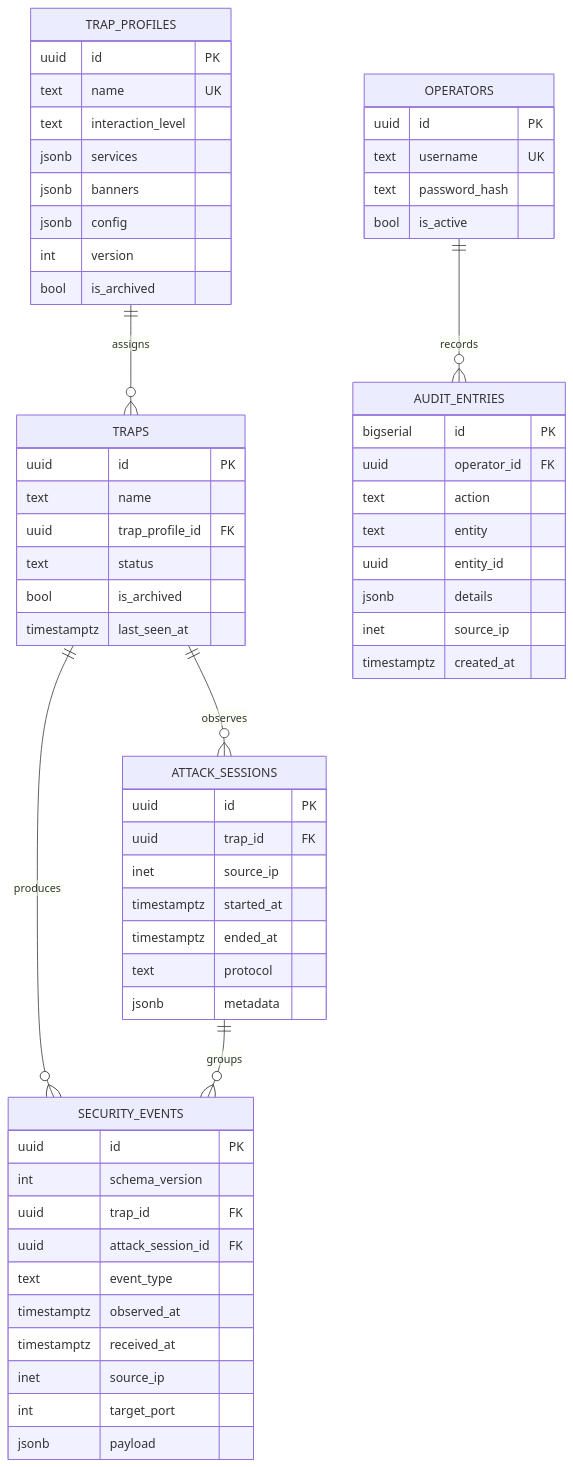
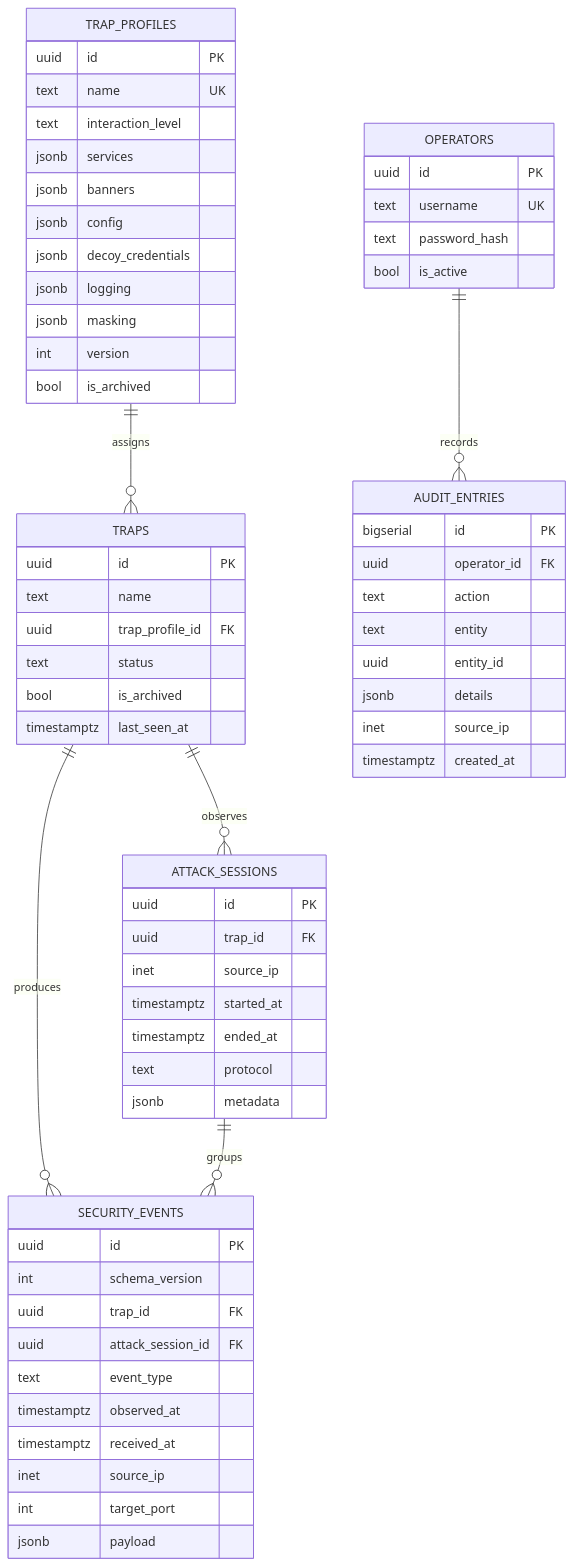
Before and after one commit to ArtiKn/HoneyForge: the diagram in docs/database.mmd, drawn with Mermaid. The commit also changed 20 other files, not shown here.

Commit message:
Add Trap Profile decoy, logging, and masking

```diff
--- a/docs/database.mmd
+++ b/docs/database.mmd
@@ -1,13 +1,13 @@
 erDiagram
     TRAP_PROFILES ||--o{ TRAPS : assigns
     TRAPS ||--o{ ATTACK_SESSIONS : observes
     TRAPS ||--o{ SECURITY_EVENTS : produces
     ATTACK_SESSIONS ||--o{ SECURITY_EVENTS : groups
     OPERATORS ||--o{ AUDIT_ENTRIES : records
 
-    TRAP_PROFILES { uuid id PK text name UK text interaction_level jsonb services jsonb banners jsonb config int version bool is_archived }
+    TRAP_PROFILES { uuid id PK text name UK text interaction_level jsonb services jsonb banners jsonb config jsonb decoy_credentials jsonb logging jsonb masking int version bool is_archived }
     TRAPS { uuid id PK text name uuid trap_profile_id FK text status bool is_archived timestamptz last_seen_at }
     ATTACK_SESSIONS { uuid id PK uuid trap_id FK inet source_ip timestamptz started_at timestamptz ended_at text protocol jsonb metadata }
     SECURITY_EVENTS { uuid id PK int schema_version uuid trap_id FK uuid attack_session_id FK text event_type timestamptz observed_at timestamptz received_at inet source_ip int target_port jsonb payload }
     OPERATORS { uuid id PK text username UK text password_hash bool is_active }
     AUDIT_ENTRIES { bigserial id PK uuid operator_id FK text action text entity uuid entity_id jsonb details inet source_ip timestamptz created_at }
```
